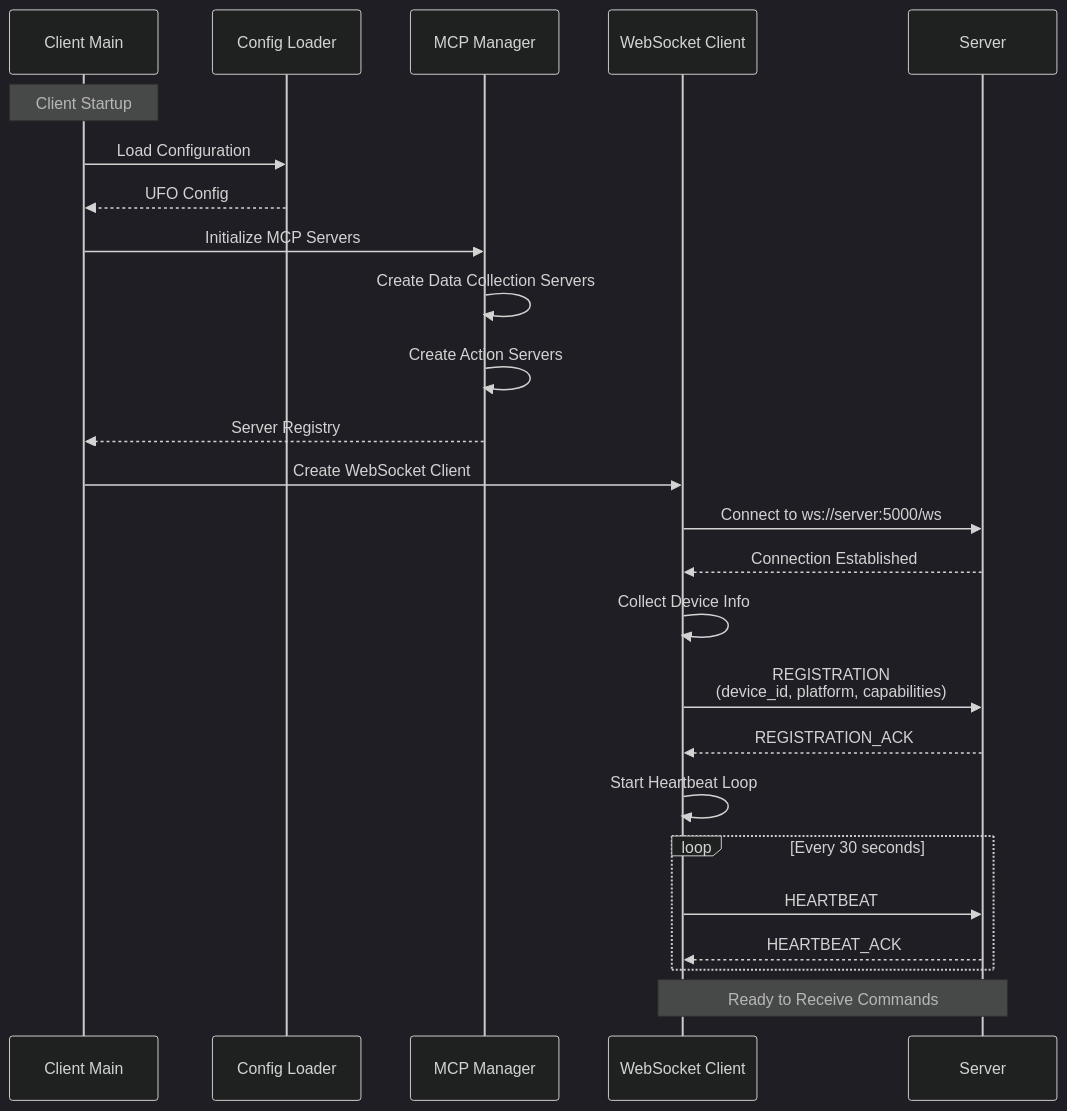
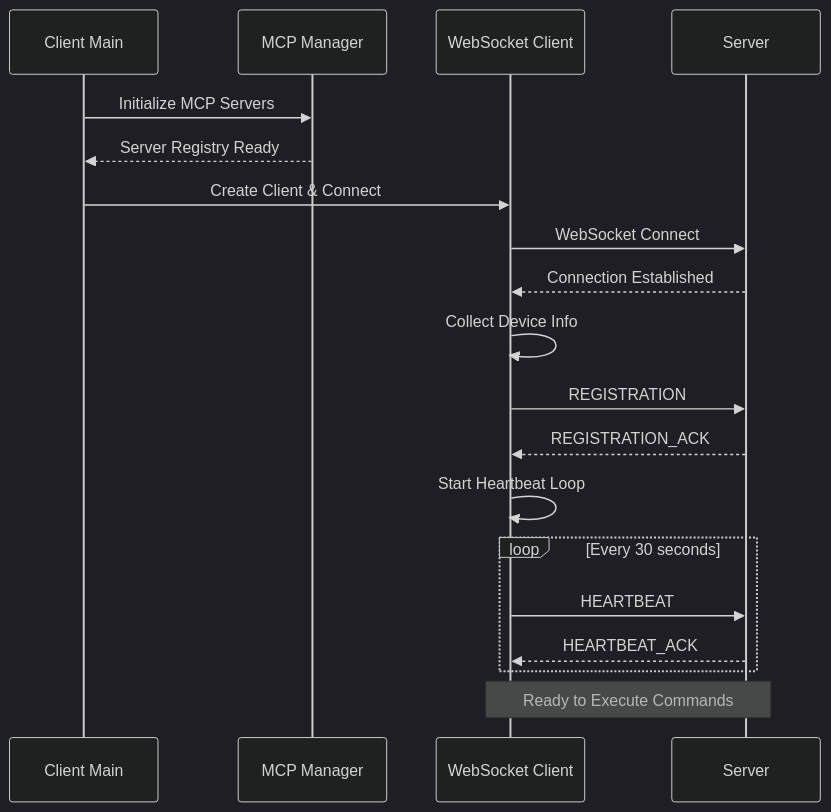
Before and after one commit to microsoft/UFO: the sixth of 9 diagrams in documents/docs/client/overview.md, drawn with Mermaid (dark theme). The commit also changed other lines of this file and 7 other files, not shown here.

````diff
--- a/documents/docs/client/overview.md
+++ b/documents/docs/client/overview.md
@@ -411,34 +347,27 @@
 ```mermaid
 sequenceDiagram
     participant Main as Client Main
-    participant Config as Config Loader
     participant MCP as MCP Manager
     participant WSC as WebSocket Client
     participant Server
     
-    Note over Main: Client Startup
-    Main->>Config: Load Configuration
-    Config-->>Main: UFO Config
+    Main->>MCP: Initialize MCP Servers
+    MCP-->>Main: Server Registry Ready
     
-    Main->>MCP: Initialize MCP Servers
-    MCP->>MCP: Create Data Collection Servers
-    MCP->>MCP: Create Action Servers
-    MCP-->>Main: Server Registry
-    
-    Main->>WSC: Create WebSocket Client
-    WSC->>Server: Connect to ws://server:5000/ws
+    Main->>WSC: Create Client & Connect
+    WSC->>Server: WebSocket Connect
     Server-->>WSC: Connection Established
     
     WSC->>WSC: Collect Device Info
-    WSC->>Server: REGISTRATION<br/>(device_id, platform, capabilities)
+    WSC->>Server: REGISTRATION
     Server-->>WSC: REGISTRATION_ACK
     
     WSC->>WSC: Start Heartbeat Loop
     
     loop Every 30 seconds
         WSC->>Server: HEARTBEAT
         Server-->>WSC: HEARTBEAT_ACK
     end
     
-    Note over WSC,Server: Ready to Receive Commands
+    Note over WSC,Server: Ready to Execute Commands
 ```
````
